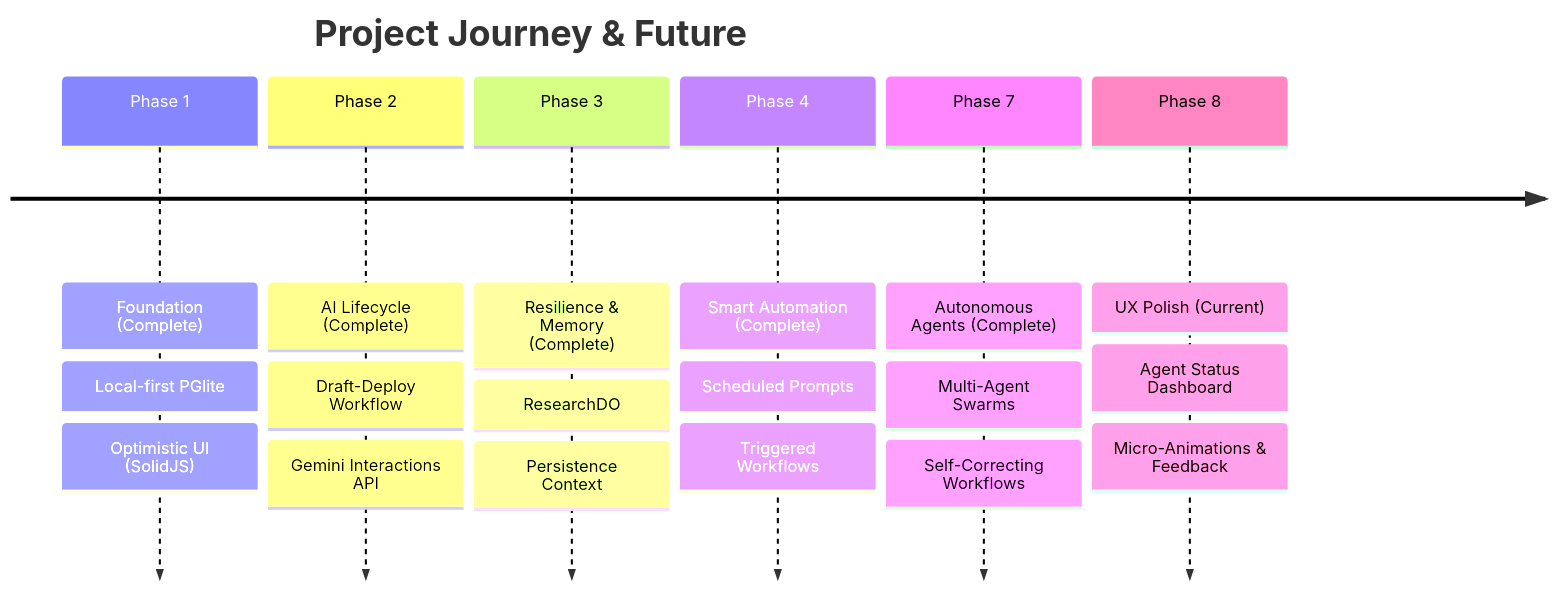
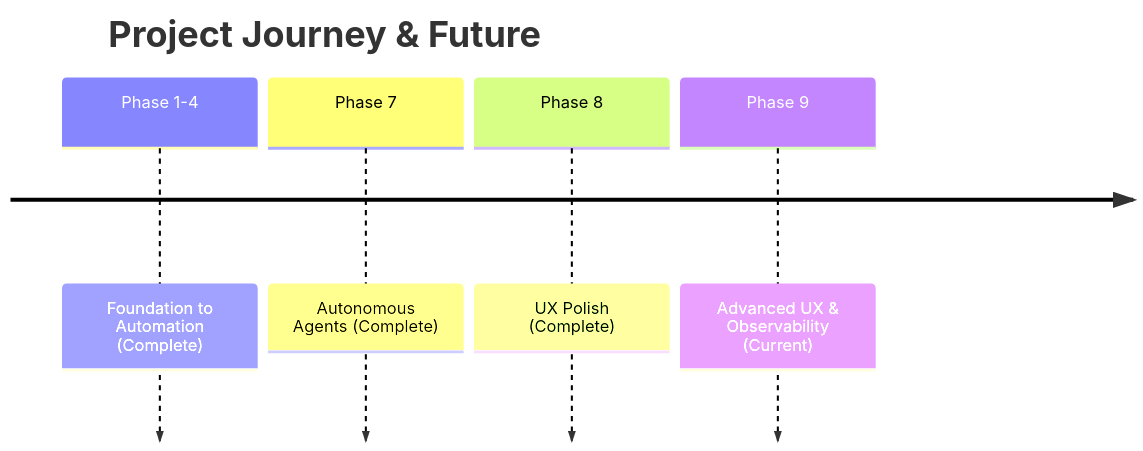
The diagram in ROADMAP.md (criticalinsight/trello-local-sync), drawn with Mermaid before and after one commit. The commit also changed other lines of this file, not shown here.

Commit message:
Ralph: Autonomous Iteration - Thu Jan 15 19:19:26 EAT 2026

````diff
--- a/ROADMAP.md
+++ b/ROADMAP.md
@@ -7,16 +7,8 @@
 ```mermaid
 timeline
     title Project Journey & Future
-    Phase 1 : Foundation (Complete) : Local-first PGlite
-            : Optimistic UI (SolidJS)
-    Phase 2 : AI Lifecycle (Complete) : Draft-Deploy Workflow
-            : Gemini Interactions API
-    Phase 3 : Resilience & Memory (Complete) : ResearchDO
-            : Persistence Context
-    Phase 4 : Smart Automation (Complete) : Scheduled Prompts
-            : Triggered Workflows
-    Phase 7 : Autonomous Agents (Complete) : Multi-Agent Swarms
-             : Self-Correcting Workflows
-    Phase 8 : UX Polish (Current) : Agent Status Dashboard
-             : Micro-Animations & Feedback
+    Phase 1-4 : Foundation to Automation (Complete)
+    Phase 7 : Autonomous Agents (Complete)
+    Phase 8 : UX Polish (Complete)
+    Phase 9 : Advanced UX & Observability (Current)
 ```
````
